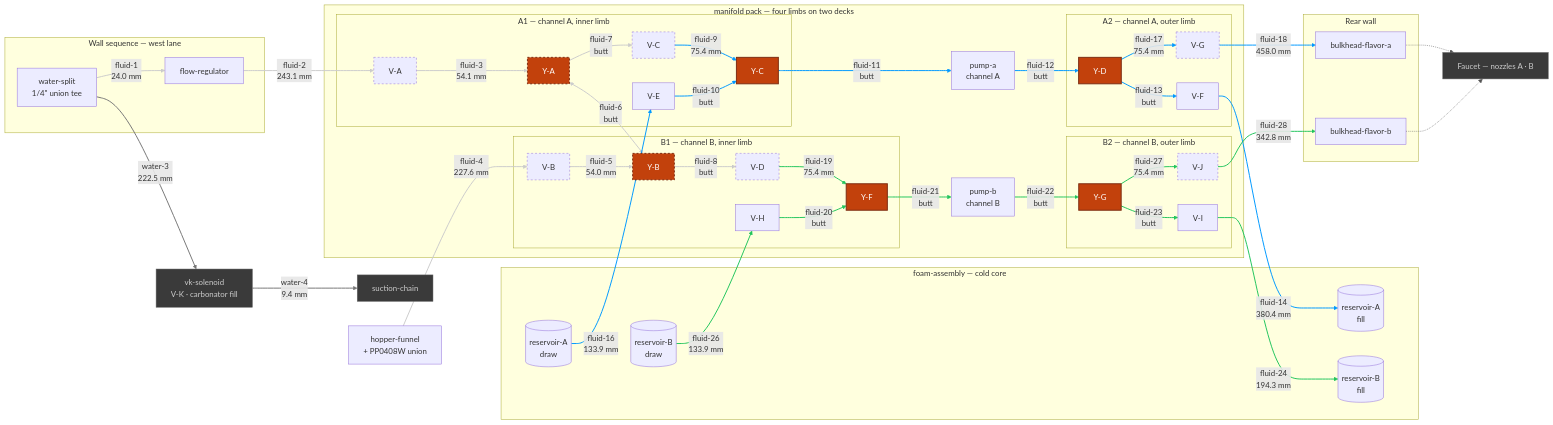
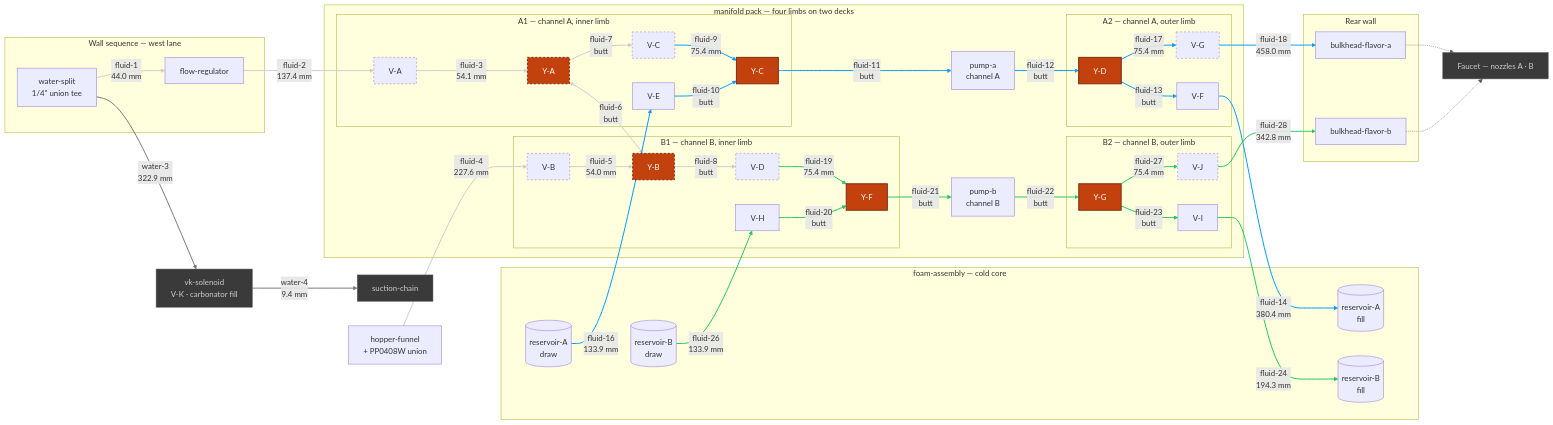
The diagram in hardware/topology/fluid-topology-manifold.mmd (derekbreden/homesodamachine), drawn with Mermaid before and after one commit. The commit also changed 29 other files, not shown here.

```diff
--- a/hardware/topology/fluid-topology-manifold.mmd
+++ b/hardware/topology/fluid-topology-manifold.mmd
@@ -14,7 +14,7 @@
   %% [26](SEGMENT_COUNT) flavor segments. [11](BUTT_COUNT) are collet butted to collet and carry
   %% no tube at all; [9](DRAWN_COUNT) are swept runs between placed bodies; the rest are the
   %% hinge's four hairpins and the source pair's two quarter-and-step turns. What is cut comes to
-  %% [2547.8 mm](FLUID_TOTAL) of 1/4" LLDPE over [47](FLUID_BENDS) corners, and the longest is
+  %% [2462.0 mm](FLUID_TOTAL) of 1/4" LLDPE over [49](FLUID_BENDS) corners, and the longest is
   %% [fluid-18](LONGEST_ID) at [458.0 mm](LONGEST_LEN). [0](OPEN_COUNT) are mouths with nothing
   %% on the far end of them: EVERY FLAVOR SEGMENT IN THIS CHART IS MADE. The hopper's gravity
   %% drain is drawn like the rest — the funnel is seated in the box rather than placed in the
@@ -117,8 +117,8 @@
   %% select it feeds, with their branches meeting face to face across the mirror plane. V-A and
   %% V-B come off the folded deck's plane on a quarter turn of R14, then step 28 mm further along
   %% the run and 14 mm across it, toward the cold core's crown.
-  Split -->|"fluid-1<br/>24.0 mm"| FlowReg
-  FlowReg -->|"fluid-2<br/>243.1 mm"| VA
+  Split -->|"fluid-1<br/>44.0 mm"| FlowReg
+  FlowReg -->|"fluid-2<br/>137.4 mm"| VA
   VA -->|"fluid-3<br/>54.1 mm"| YA
   Hopper -->|"fluid-4<br/>227.6 mm"| VB
   VB -->|"fluid-5<br/>54.0 mm"| YB
@@ -165,7 +165,7 @@
   %% V-K gates the carbonator fill off the same split fluid-1 leaves. It stands on the cold core's
   %% crown, east of the SeaFlo, and water-3 is the one run in the assembly that crosses the whole
   %% machine — the split is in the west lane, V-K is on the east, and its inlet faces forward.
-  Split -->|"water-3<br/>222.5 mm"| VK
+  Split -->|"water-3<br/>322.9 mm"| VK
   VK -->|"water-4<br/>9.4 mm"| SuctChain
 
   %% =========================
```
